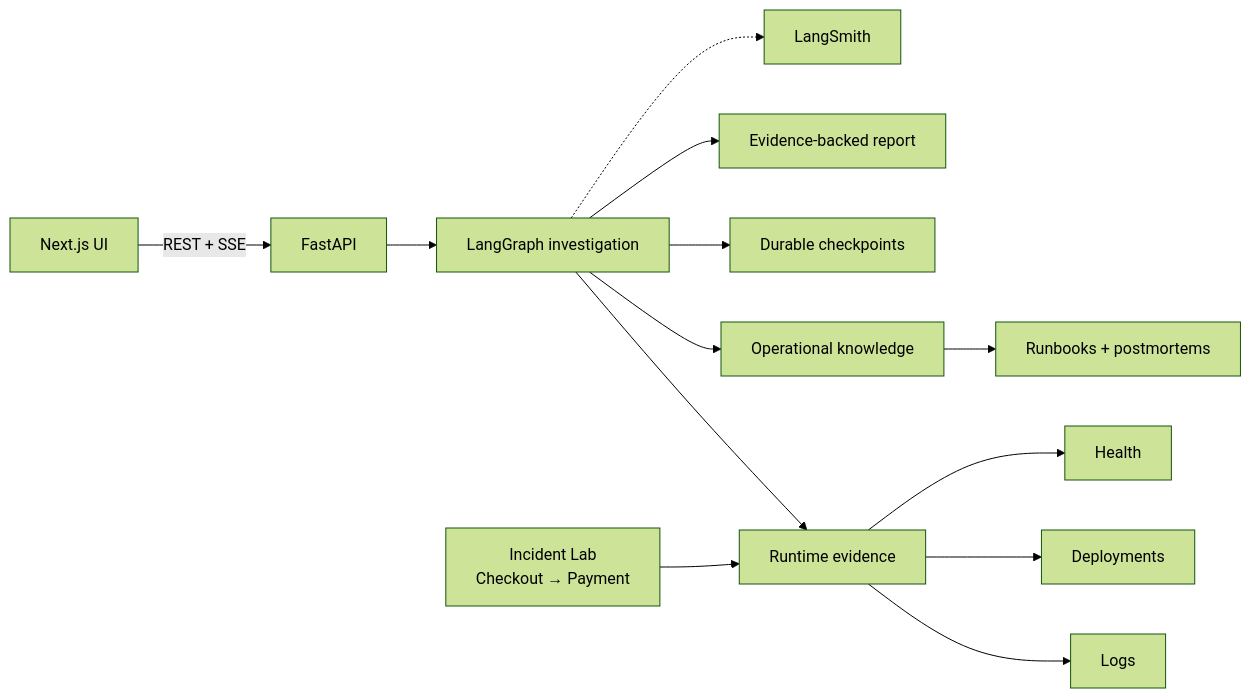
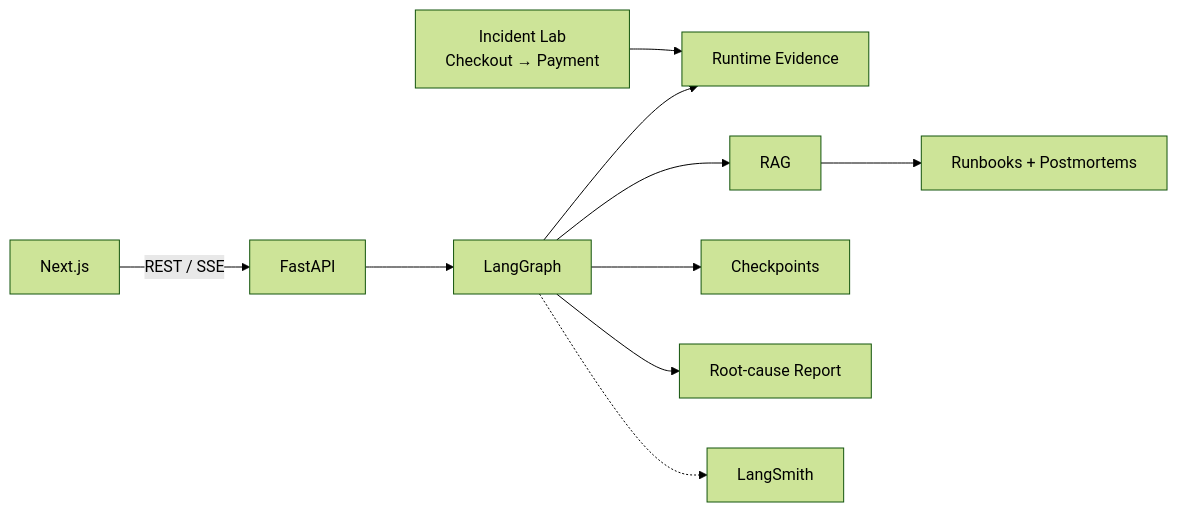
The diagram in README.md (dumpydon/TraceLens), drawn with Mermaid (forest theme) before and after one commit. The commit also changed other lines of this file, not shown here.

````diff
--- a/README.md
+++ b/README.md
@@ -128,21 +97,15 @@
 ```mermaid
 flowchart LR
-    Browser["Next.js UI"] -->|"REST + SSE"| API["FastAPI"]
+    UI["Next.js"] -->|"REST / SSE"| API["FastAPI"]
+    API --> Graph["LangGraph"]
 
-    API --> Graph["LangGraph investigation"]
-
-    Graph --> Runtime["Runtime evidence"]
-    Graph --> RAG["Operational knowledge"]
-    Graph --> Checkpoints["Durable checkpoints"]
-
-    Runtime --> Logs["Logs"]
-    Runtime --> Deployments["Deployments"]
-    Runtime --> Health["Health"]
-
-    RAG --> Docs["Runbooks + postmortems"]
+    Graph --> Runtime["Runtime Evidence"]
+    Graph --> RAG["RAG"]
+    Graph --> DB["Checkpoints"]
 
     Lab["Incident Lab<br/>Checkout → Payment"] --> Runtime
+    RAG --> Docs["Runbooks + Postmortems"]
 
-    Graph --> Report["Evidence-backed report"]
-    Graph -.-> LangSmith["LangSmith"]
+    Graph --> Report["Root-cause Report"]
+    Graph -.-> Smith["LangSmith"]
 ```
````
